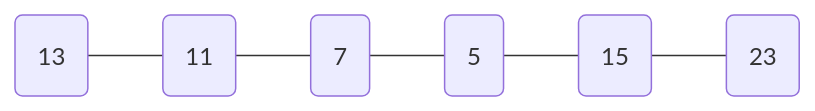
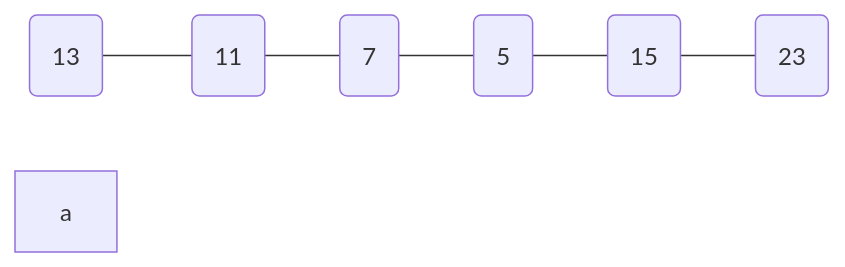
Before and after one commit to ITHwang/ITHwang.github.io: the sixth of 6 diagrams in _posts/2021-03-03-algorithm-bubble-sort-cpp.md, drawn with Mermaid.

Commit message:
push test

````diff
--- a/_posts/2021-03-03-algorithm-bubble-sort-cpp.md
+++ b/_posts/2021-03-03-algorithm-bubble-sort-cpp.md
@@ -52,4 +52,5 @@
         ```mermaid
         graph LR
         A(13)---B(11)---C(7)---D(5)---E(15)---F(23)
+        a
         ```
````
